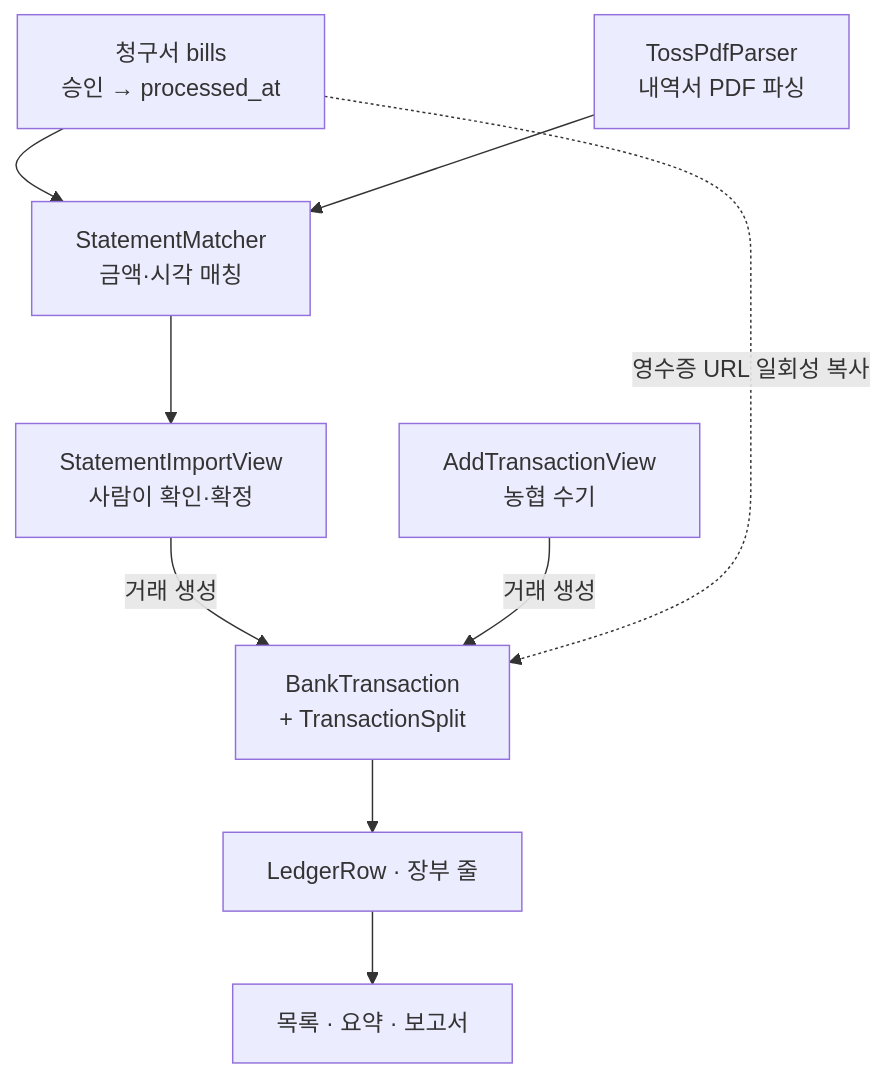
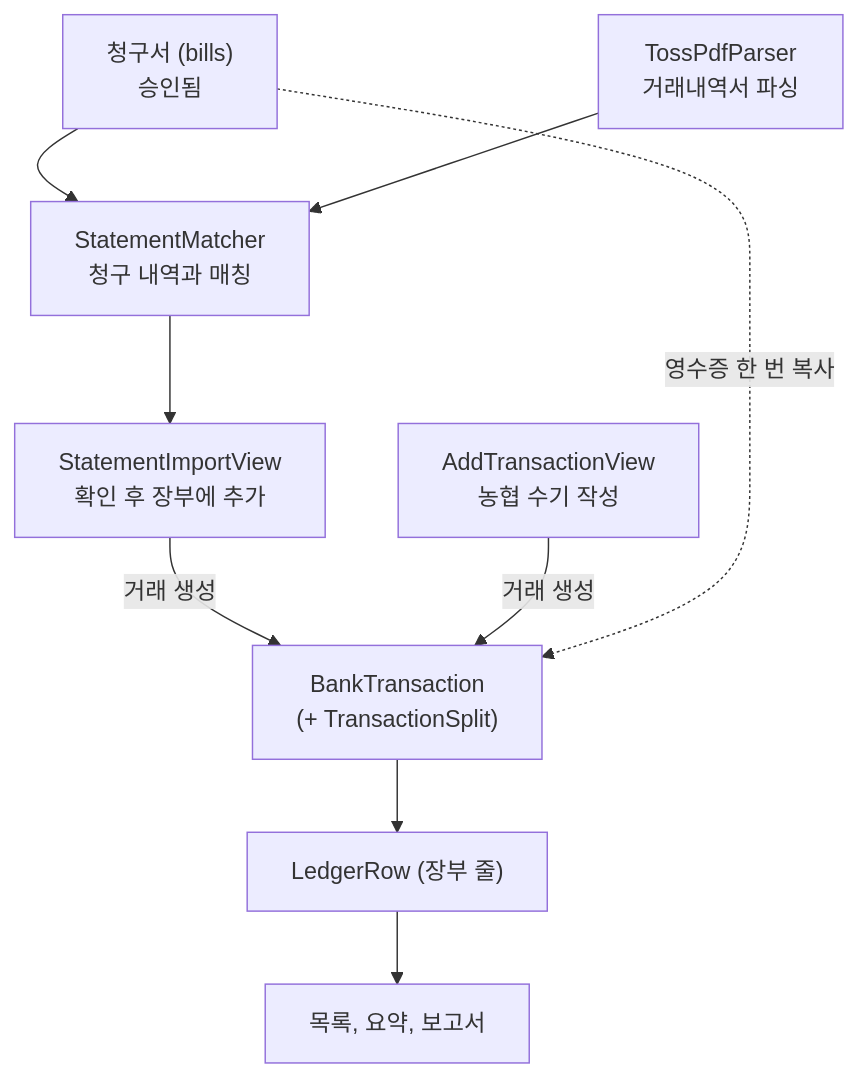
Before and after one commit to Ciracino88/nanuri-ios-app: the first of 3 diagrams in NanuriAdmin/Features/Finance/README.md, drawn with Mermaid. The commit also changed other lines of this file, not shown here.

Commit message:
재정 README 다이어그램 라벨을 문서 톤에 맞춰 정리
가운뎃점(·)을 쉼표로, 축약 표현을 풀어 쓰고, 사용자 시나리오와 같은
어투로 라벨을 다듬었다. 그림 구조·구문은 그대로다.

````diff
--- a/NanuriAdmin/Features/Finance/README.md
+++ b/NanuriAdmin/Features/Finance/README.md
@@ -30,19 +30,19 @@
 ```mermaid
 flowchart TD
-    bills["청구서 bills<br/>승인 → processed_at"]
-    parser["TossPdfParser<br/>내역서 PDF 파싱"]
-    matcher["StatementMatcher<br/>금액·시각 매칭"]
-    imp["StatementImportView<br/>사람이 확인·확정"]
-    add["AddTransactionView<br/>농협 수기"]
-    tx["BankTransaction<br/>+ TransactionSplit"]
-    rows["LedgerRow · 장부 줄"]
-    out["목록 · 요약 · 보고서"]
+    bills["청구서 (bills)<br/>승인됨"]
+    parser["TossPdfParser<br/>거래내역서 파싱"]
+    matcher["StatementMatcher<br/>청구 내역과 매칭"]
+    imp["StatementImportView<br/>확인 후 장부에 추가"]
+    add["AddTransactionView<br/>농협 수기 작성"]
+    tx["BankTransaction<br/>(+ TransactionSplit)"]
+    rows["LedgerRow (장부 줄)"]
+    out["목록, 요약, 보고서"]
 
     bills --> matcher
     parser --> matcher
     matcher --> imp
     imp -->|거래 생성| tx
     add -->|거래 생성| tx
-    bills -. 영수증 URL 일회성 복사 .-> tx
+    bills -. 영수증 한 번 복사 .-> tx
     tx --> rows --> out
 ```
````
